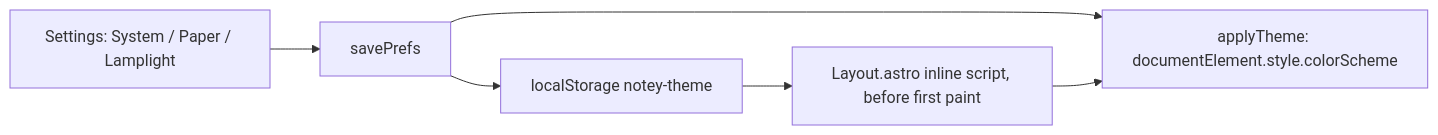
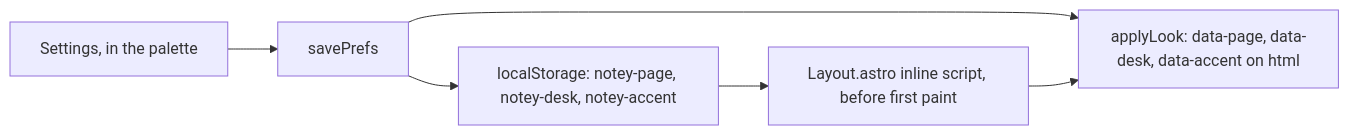
Before and after one commit to Kieran-s-Artisnal-Slop-Factory/notey: the diagram in docs/dev/design-system.md, drawn with Mermaid. The commit also changed other lines of this file and 20 other files, not shown here.

````diff
--- a/docs/dev/design-system.md
+++ b/docs/dev/design-system.md
@@ -91,8 +140,8 @@
 ```mermaid
 flowchart LR
-  A[Settings: System / Paper / Lamplight] --> B[savePrefs]
-  B --> C[localStorage notey-theme]
-  B --> D[applyTheme: documentElement.style.colorScheme]
+  A[Settings, in the palette] --> B[savePrefs]
+  B --> C[localStorage: notey-page, notey-desk, notey-accent]
+  B --> D[applyLook: data-page, data-desk, data-accent on html]
   C --> E[Layout.astro inline script, before first paint]
   E --> D
 ```
````
